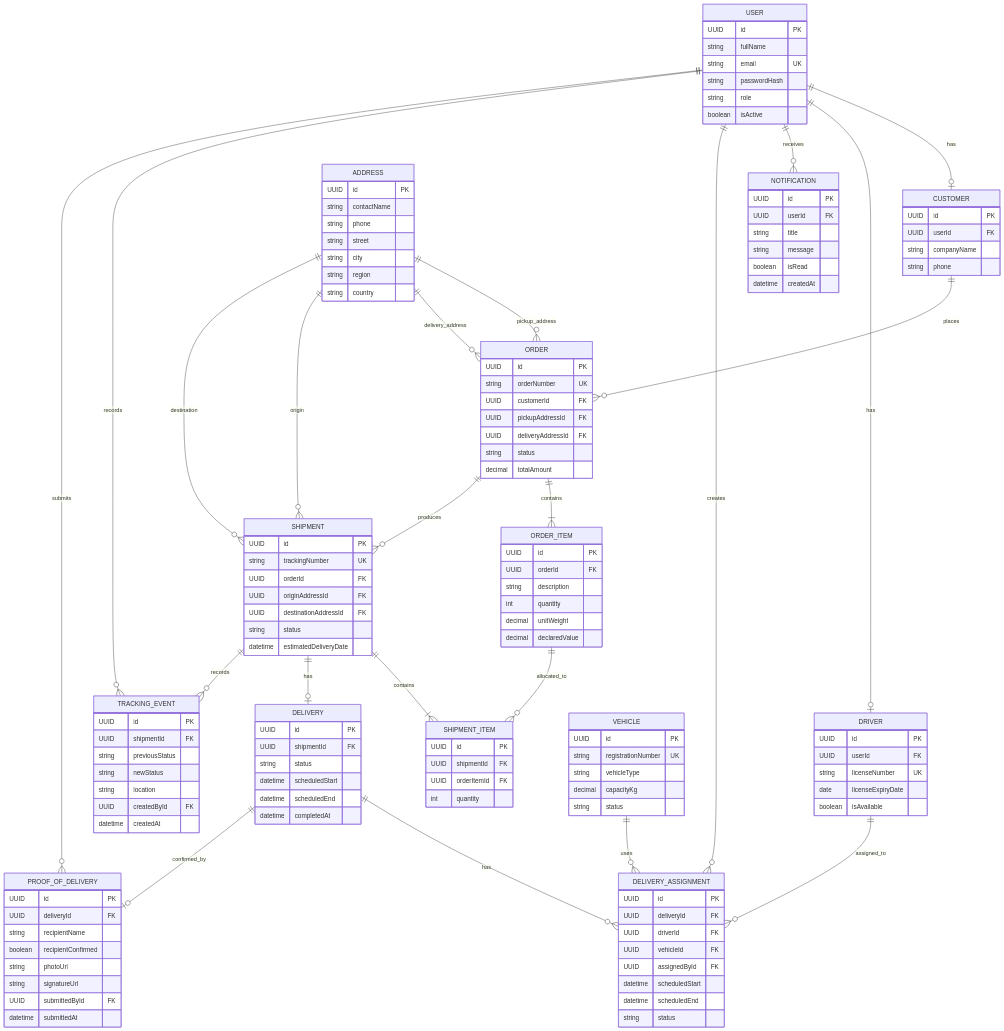
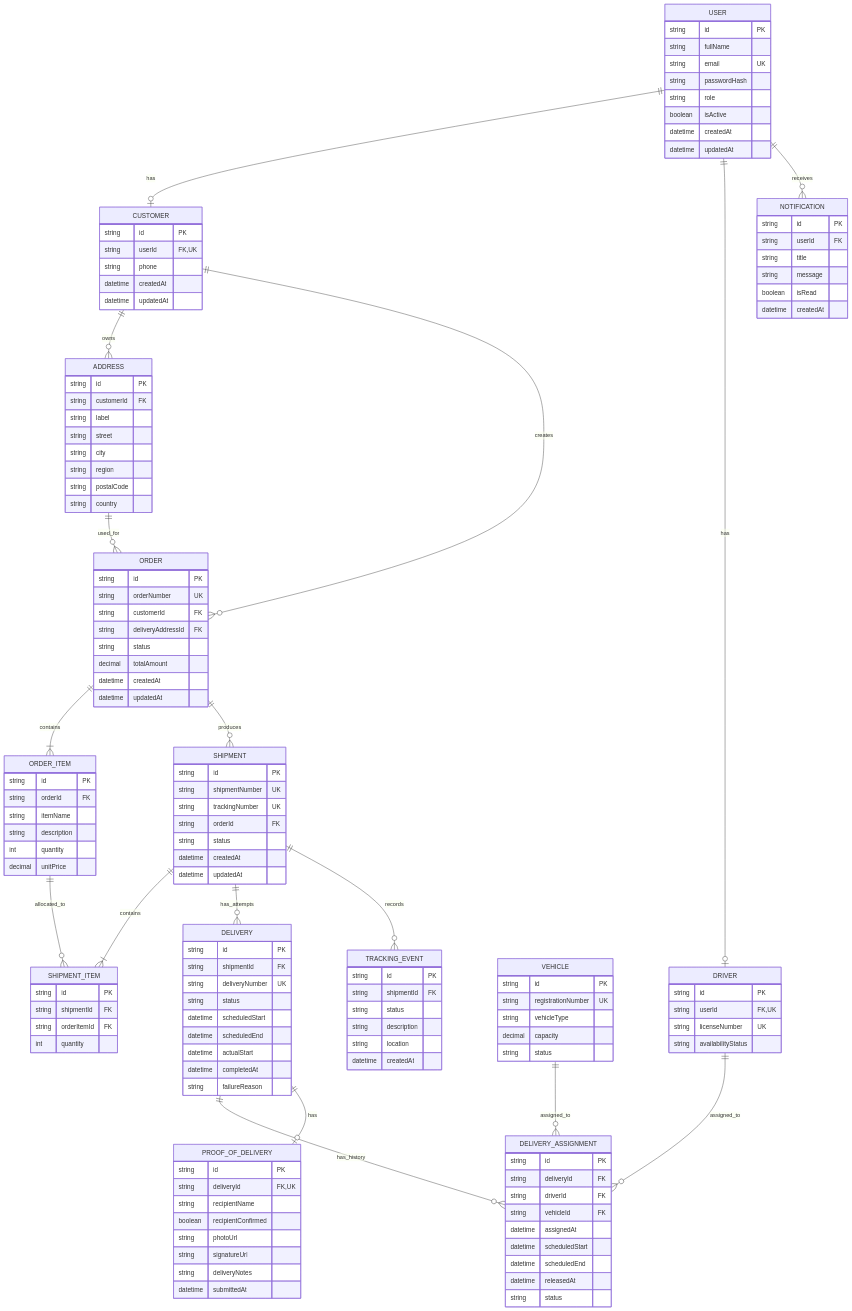
Before and after one commit to tsionkinde/nexora-logistics: the diagram in docs/erd.md, drawn with Mermaid. The commit also changed other lines of this file, not shown here.

Commit message:
modifying erd.md file

```diff
--- a/docs/erd.md
+++ b/docs/erd.md
@@ -12,155 +12,150 @@
 erDiagram
     USER ||--o| CUSTOMER : has
     USER ||--o| DRIVER : has
-    USER ||--o{ NOTIFICATION : receives
-    USER ||--o{ DELIVERY_ASSIGNMENT : creates
-    USER ||--o{ TRACKING_EVENT : records
-    USER ||--o{ PROOF_OF_DELIVERY : submits
-
-    CUSTOMER ||--o{ ORDER : places
-
-    ADDRESS ||--o{ ORDER : pickup_address
-    ADDRESS ||--o{ ORDER : delivery_address
-    ADDRESS ||--o{ SHIPMENT : origin
-    ADDRESS ||--o{ SHIPMENT : destination
-
+    CUSTOMER ||--o{ ADDRESS : owns
+    CUSTOMER ||--o{ ORDER : creates
+    ADDRESS ||--o{ ORDER : used_for
     ORDER ||--|{ ORDER_ITEM : contains
     ORDER ||--o{ SHIPMENT : produces
-
     SHIPMENT ||--|{ SHIPMENT_ITEM : contains
     ORDER_ITEM ||--o{ SHIPMENT_ITEM : allocated_to
-
-    SHIPMENT ||--o| DELIVERY : has
+    SHIPMENT ||--o{ DELIVERY : has_attempts
+    DELIVERY ||--o{ DELIVERY_ASSIGNMENT : has_history
+    DRIVER ||--o{ DELIVERY_ASSIGNMENT : assigned_to
+    VEHICLE ||--o{ DELIVERY_ASSIGNMENT : assigned_to
+    DELIVERY ||--o| PROOF_OF_DELIVERY : has
     SHIPMENT ||--o{ TRACKING_EVENT : records
-
-    DELIVERY ||--o{ DELIVERY_ASSIGNMENT : has
-    DELIVERY ||--o| PROOF_OF_DELIVERY : confirmed_by
-
-    DRIVER ||--o{ DELIVERY_ASSIGNMENT : assigned_to
-    VEHICLE ||--o{ DELIVERY_ASSIGNMENT : uses
+    USER ||--o{ NOTIFICATION : receives
 
     USER {
-        UUID id PK
+        string id PK
         string fullName
         string email UK
         string passwordHash
         string role
         boolean isActive
+        datetime createdAt
+        datetime updatedAt
     }
 
     CUSTOMER {
-        UUID id PK
-        UUID userId FK
-        string companyName
+        string id PK
+        string userId FK, UK
         string phone
-    }
-
-    DRIVER {
-        UUID id PK
-        UUID userId FK
-        string licenseNumber UK
-        date licenseExpiryDate
-        boolean isAvailable
+        datetime createdAt
+        datetime updatedAt
     }
 
     ADDRESS {
-        UUID id PK
-        string contactName
-        string phone
+        string id PK
+        string customerId FK
+        string label
         string street
         string city
         string region
+        string postalCode
         string country
     }
 
     ORDER {
-        UUID id PK
+        string id PK
         string orderNumber UK
-        UUID customerId FK
-        UUID pickupAddressId FK
-        UUID deliveryAddressId FK
+        string customerId FK
+        string deliveryAddressId FK
         string status
         decimal totalAmount
+        datetime createdAt
+        datetime updatedAt
     }
 
     ORDER_ITEM {
-        UUID id PK
-        UUID orderId FK
+        string id PK
+        string orderId FK
+        string itemName
         string description
         int quantity
-        decimal unitWeight
-        decimal declaredValue
+        decimal unitPrice
     }
 
     SHIPMENT {
-        UUID id PK
+        string id PK
+        string shipmentNumber UK
         string trackingNumber UK
-        UUID orderId FK
-        UUID originAddressId FK
-        UUID destinationAddressId FK
+        string orderId FK
         string status
-        datetime estimatedDeliveryDate
+        datetime createdAt
+        datetime updatedAt
     }
 
     SHIPMENT_ITEM {
-        UUID id PK
-        UUID shipmentId FK
-        UUID orderItemId FK
+        string id PK
+        string shipmentId FK
+        string orderItemId FK
         int quantity
     }
 
+    DRIVER {
+        string id PK
+        string userId FK, UK
+        string licenseNumber UK
+        string availabilityStatus
+    }
+
+    VEHICLE {
+        string id PK
+        string registrationNumber UK
+        string vehicleType
+        decimal capacity
+        string status
+    }
+
     DELIVERY {
-        UUID id PK
-        UUID shipmentId FK
+        string id PK
+        string shipmentId FK
+        string deliveryNumber UK
         string status
         datetime scheduledStart
         datetime scheduledEnd
+        datetime actualStart
         datetime completedAt
+        string failureReason
     }
 
     DELIVERY_ASSIGNMENT {
-        UUID id PK
-        UUID deliveryId FK
-        UUID driverId FK
-        UUID vehicleId FK
-        UUID assignedById FK
+        string id PK
+        string deliveryId FK
+        string driverId FK
+        string vehicleId FK
+        datetime assignedAt
         datetime scheduledStart
         datetime scheduledEnd
-        string status
-    }
-
-    VEHICLE {
-        UUID id PK
-        string registrationNumber UK
-        string vehicleType
-        decimal capacityKg
+        datetime releasedAt
         string status
     }
 
     PROOF_OF_DELIVERY {
-        UUID id PK
-        UUID deliveryId FK
+        string id PK
+        string deliveryId FK, UK
         string recipientName
         boolean recipientConfirmed
         string photoUrl
         string signatureUrl
-        UUID submittedById FK
+        string deliveryNotes
         datetime submittedAt
     }
 
     TRACKING_EVENT {
-        UUID id PK
-        UUID shipmentId FK
-        string previousStatus
-        string newStatus
+        string id PK
+        string shipmentId FK
+        string status
+        string description
         string location
-        UUID createdById FK
         datetime createdAt
     }
 
     NOTIFICATION {
-        UUID id PK
-        UUID userId FK
+        string id PK
+        string userId FK
         string title
         string message
         boolean isRead
```
